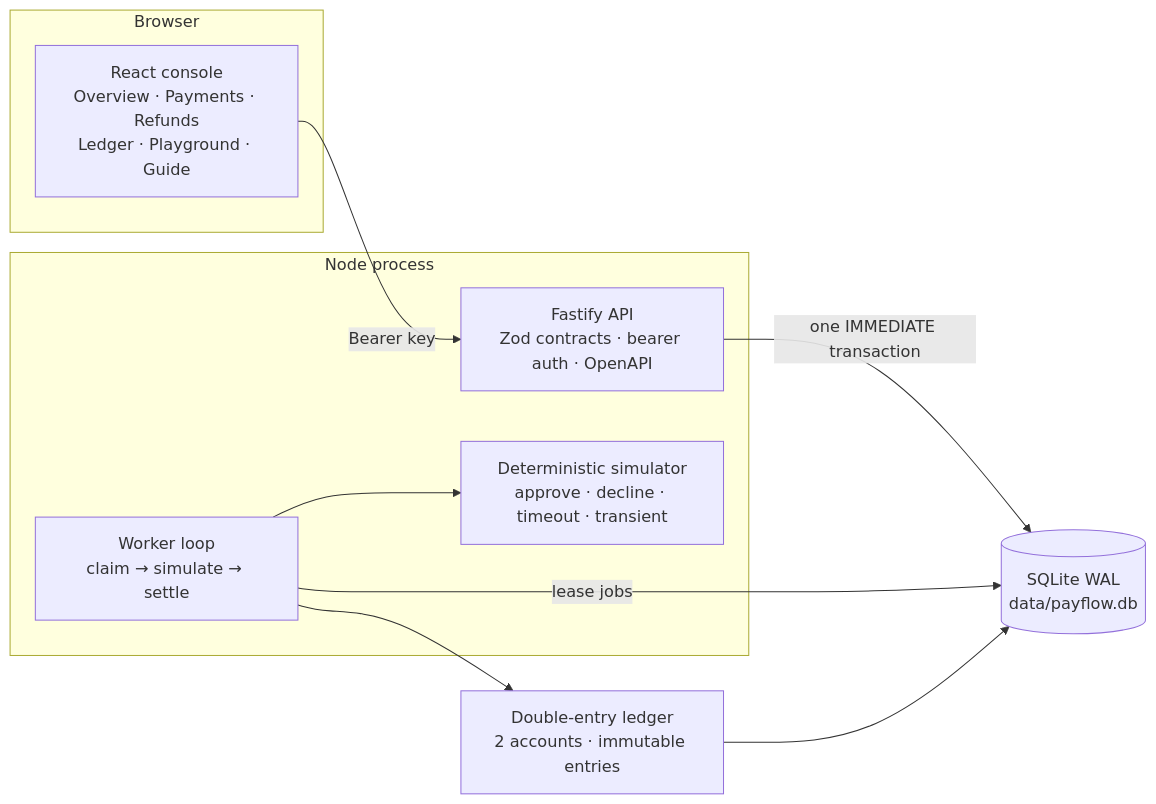
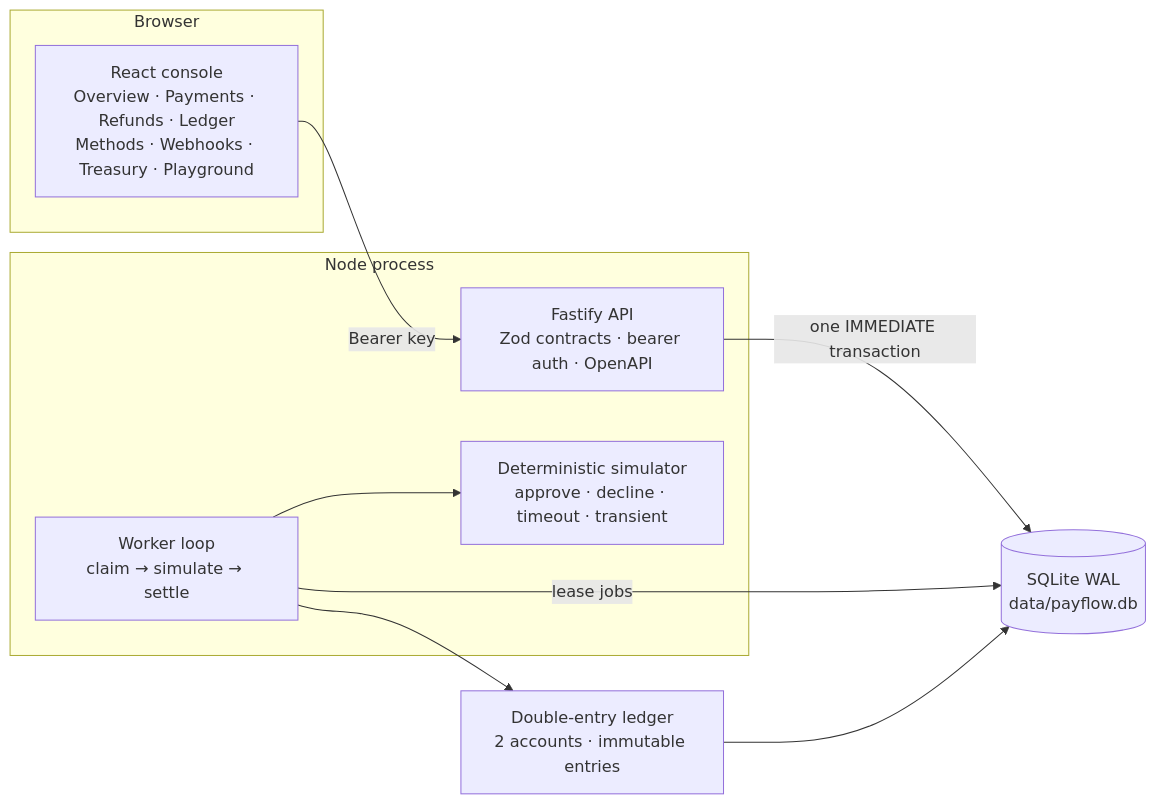
Before and after one commit to RaghavVerma99/Payflow-Project: the first of 3 diagrams in README.md, drawn with Mermaid. The commit also changed other lines of this file and 34 other files, not shown here.

````diff
--- a/README.md
+++ b/README.md
@@ -52,20 +59,20 @@
 ```mermaid
 flowchart LR
     subgraph Browser
-        UI["React console<br/>Overview · Payments · Refunds<br/>Ledger · Playground · Guide"]
+        UI["React console<br/>Overview · Payments · Refunds · Ledger<br/>Methods · Webhooks · Treasury · Playground"]
     end
     subgraph Node["Node process"]
         API["Fastify API<br/>Zod contracts · bearer auth · OpenAPI"]
         W["Worker loop<br/>claim → simulate → settle"]
         SIM["Deterministic simulator<br/>approve · decline · timeout · transient"]
     end
     DB[("SQLite WAL<br/>data/payflow.db")]
     LEDGER["Double-entry ledger<br/>2 accounts · immutable entries"]
 
     UI -->|"Bearer key"| API
     API -->|"one IMMEDIATE transaction"| DB
     W -->|"lease jobs"| DB
     W --> SIM
     W --> LEDGER
     LEDGER --> DB
 ```
````
